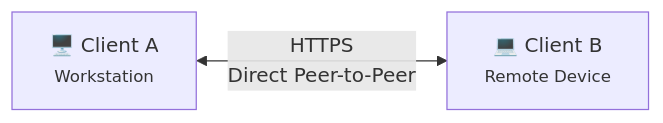
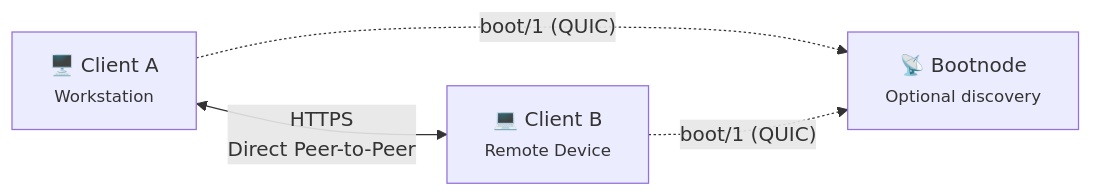
One commit to albertsdk/hsync changed the second of 3 diagrams in README.md. Above: the diagram before and after it, drawn with Mermaid. The commit also changed other lines of this file and 3 other files, not shown here.

````diff
--- a/README.md
+++ b/README.md
@@ -125,8 +125,11 @@
 ```mermaid
 flowchart LR
     CA["🖥️ Client A<br/><small>Workstation</small>"]
     CB["💻 Client B<br/><small>Remote Device</small>"]
+    BN["📡 Bootnode<br/><small>Optional discovery</small>"]
 
     CA <-->|"HTTPS<br/>Direct Peer-to-Peer"| CB
+    CA -.->|"boot/1 (QUIC)"| BN
+    CB -.->|"boot/1 (QUIC)"| BN
 
 ```
````
